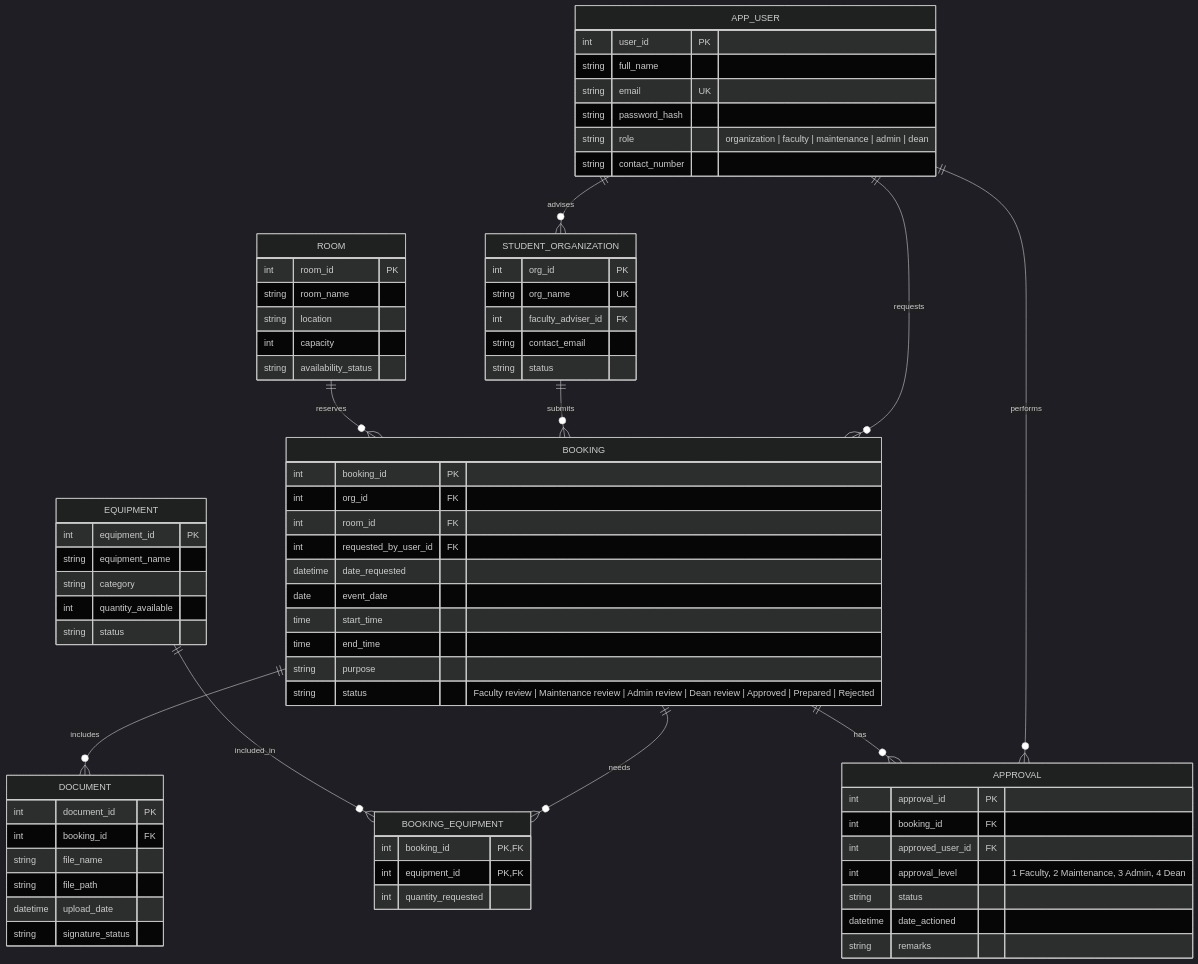
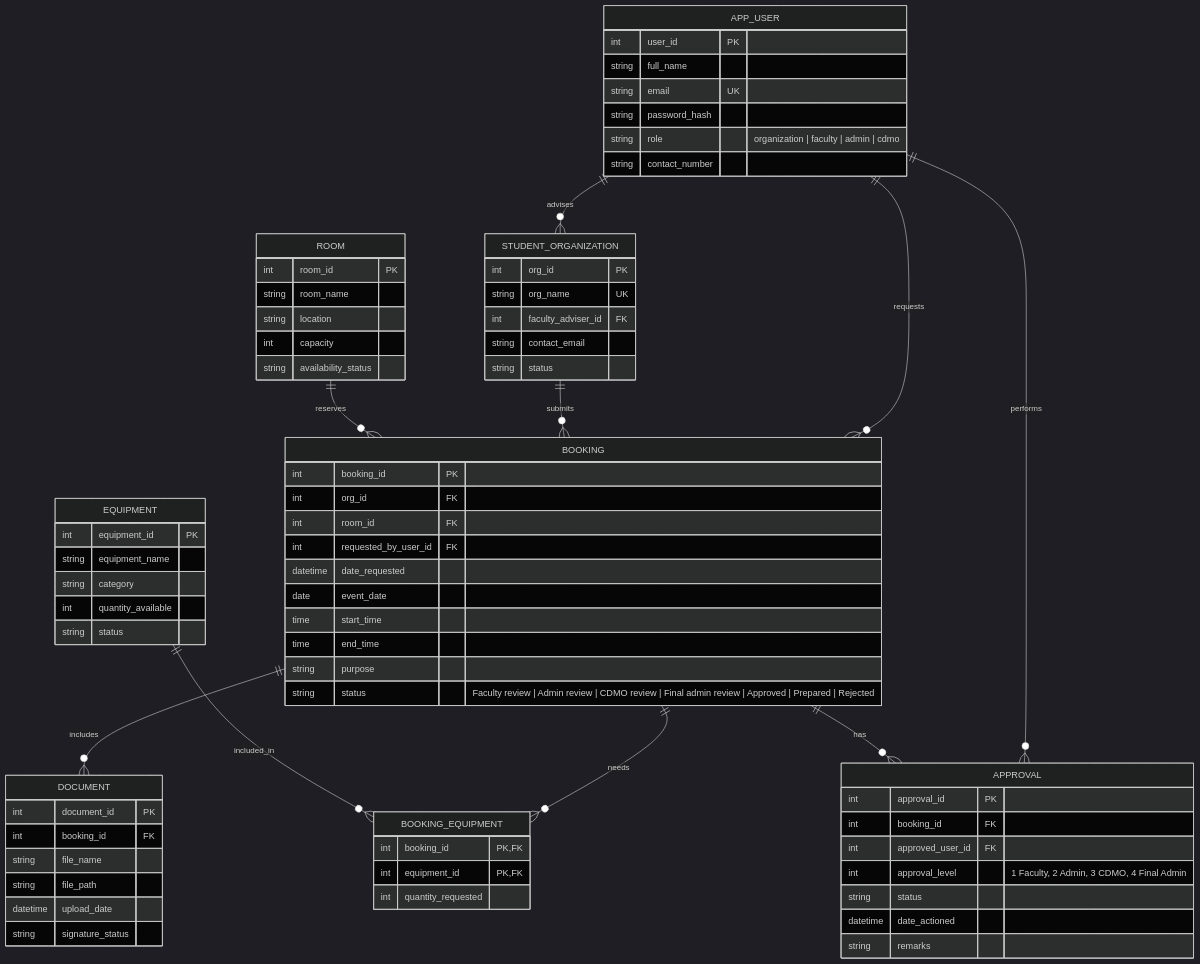
One commit to Divinely06/BookIT changed the diagram in README.md. Above: the diagram before and after it, drawn with Mermaid (dark theme). The commit also changed other lines of this file and 6 other files, not shown here.

````diff
--- a/README.md
+++ b/README.md
@@ -42,76 +44,76 @@
 ```mermaid
 erDiagram
 		APP_USER ||--o{ STUDENT_ORGANIZATION : advises
 		APP_USER ||--o{ BOOKING : requests
 		APP_USER ||--o{ APPROVAL : performs
 		STUDENT_ORGANIZATION ||--o{ BOOKING : submits
 		ROOM ||--o{ BOOKING : reserves
 		BOOKING ||--o{ BOOKING_EQUIPMENT : needs
 		EQUIPMENT ||--o{ BOOKING_EQUIPMENT : included_in
 		BOOKING ||--o{ DOCUMENT : includes
 		BOOKING ||--o{ APPROVAL : has
 
 		APP_USER {
 			int user_id PK
 			string full_name
 			string email UK
 			string password_hash
-			string role "organization | faculty | maintenance | admin | dean"
+			string role "organization | faculty | admin | cdmo"
 			string contact_number
 		}
 		STUDENT_ORGANIZATION {
 			int org_id PK
 			string org_name UK
 			int faculty_adviser_id FK
 			string contact_email
 			string status
 		}
 		ROOM {
 			int room_id PK
 			string room_name
 			string location
 			int capacity
 			string availability_status
 		}
 		EQUIPMENT {
 			int equipment_id PK
 			string equipment_name
 			string category
 			int quantity_available
 			string status
 		}
 		BOOKING {
 			int booking_id PK
 			int org_id FK
 			int room_id FK
 			int requested_by_user_id FK
 			datetime date_requested
 			date event_date
 			time start_time
 			time end_time
 			string purpose
-			string status "Faculty review | Maintenance review | Admin review | Dean review | Approved | Prepared | Rejected"
+			string status "Faculty review | Admin review | CDMO review | Final admin review | Approved | Prepared | Rejected"
 		}
 		BOOKING_EQUIPMENT {
 			int booking_id PK, FK
 			int equipment_id PK, FK
 			int quantity_requested
 		}
 		DOCUMENT {
 			int document_id PK
 			int booking_id FK
 			string file_name
 			string file_path
 			datetime upload_date
 			string signature_status
 		}
 		APPROVAL {
 			int approval_id PK
 			int booking_id FK
 			int approved_user_id FK
-			int approval_level "1 Faculty, 2 Maintenance, 3 Admin, 4 Dean"
+			int approval_level "1 Faculty, 2 Admin, 3 CDMO, 4 Final Admin"
 			string status
 			datetime date_actioned
 			string remarks
 		}
 ```
````
